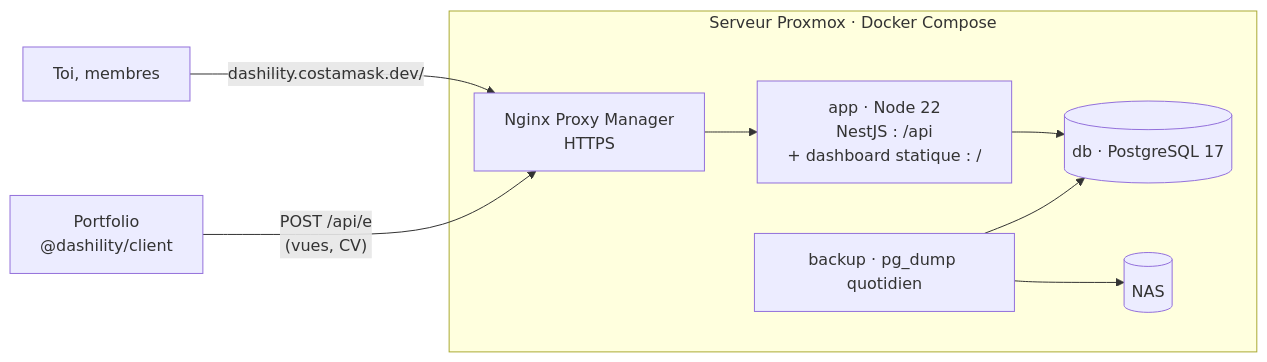
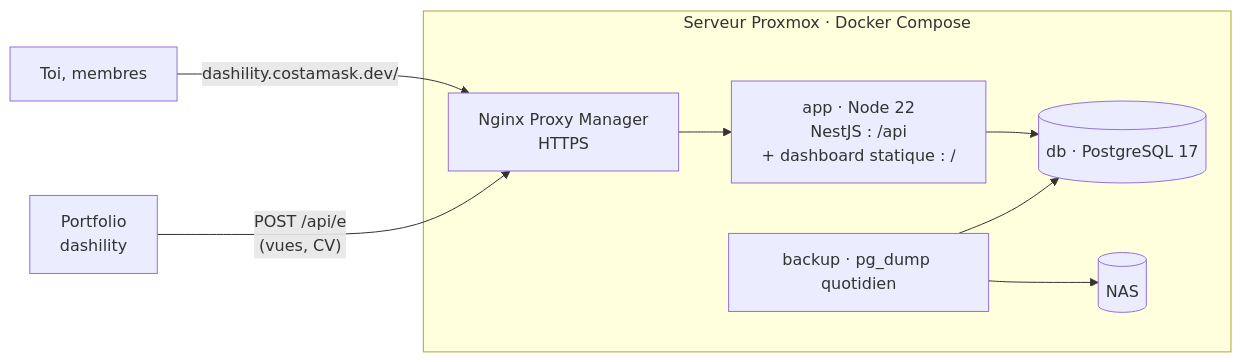
The first of 3 diagrams in docs/07-architecture-technique.md (K0Konut/Headless_CMS), drawn with Mermaid before and after one commit. The commit also changed other lines of this file and 5 other files, not shown here.

First line of the commit message:
chore(client): publie le script analytics sur npm sous le nom dashility

````diff
--- a/docs/07-architecture-technique.md
+++ b/docs/07-architecture-technique.md
@@ -9,11 +9,11 @@
 ```mermaid
 flowchart LR
     subgraph Serveur["Serveur Proxmox · Docker Compose"]
         NPM["Nginx Proxy Manager<br/>HTTPS"] --> APP["app · Node 22<br/>NestJS : /api<br/>+ dashboard statique : /"]
         APP --> DB[("db · PostgreSQL 17")]
         BK["backup · pg_dump quotidien"] --> DB
         BK --> NAS[("NAS")]
     end
     U["Toi, membres"] -- "dashility.costamask.dev/" --> NPM
-    SITE["Portfolio<br/>@dashility/client"] -- "POST /api/e<br/>(vues, CV)" --> NPM
+    SITE["Portfolio<br/>dashility"] -- "POST /api/e<br/>(vues, CV)" --> NPM
 ```
````
